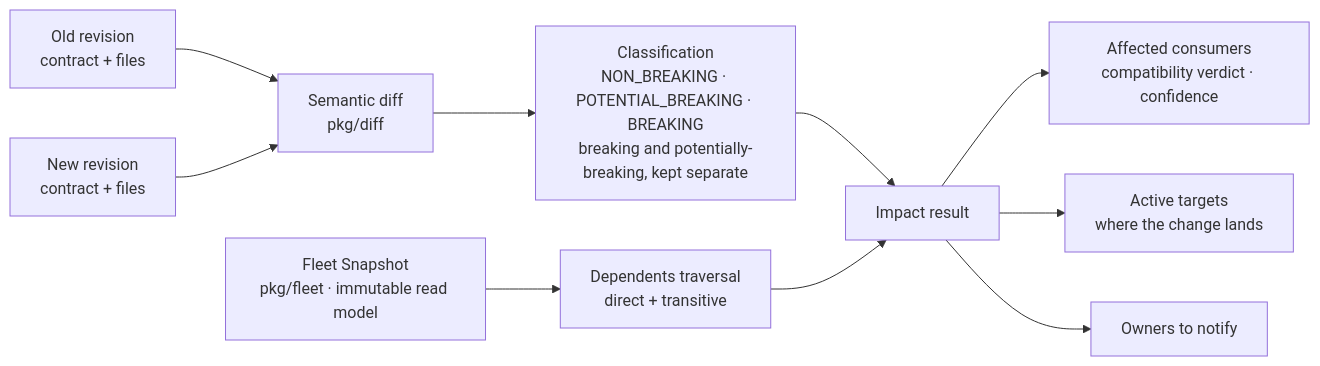
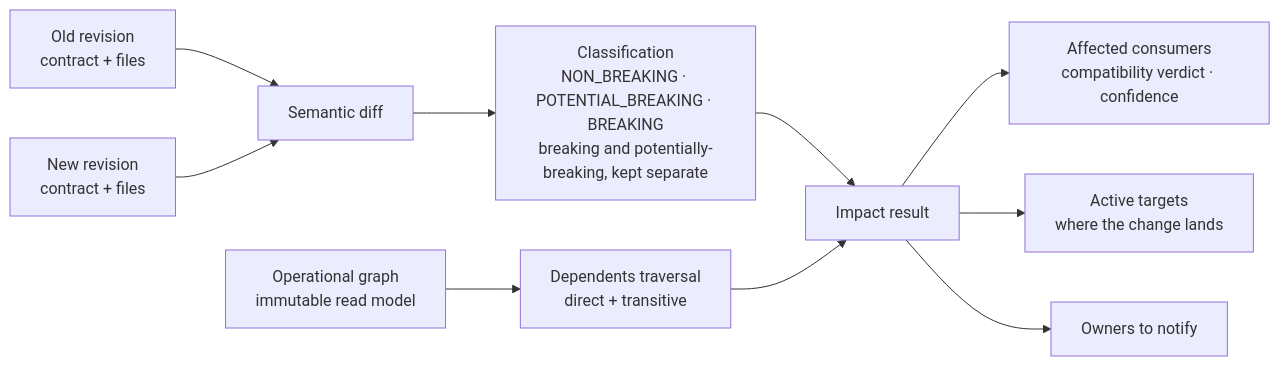
Before and after one commit to TrianaLab/pacto: the diagram in docs/impact.md, drawn with Mermaid. The commit also changed other lines of this file and 1300 other files, not shown here.

````diff
--- a/docs/impact.md
+++ b/docs/impact.md
@@ -22,14 +21,14 @@
 ```mermaid
 flowchart LR
-    OLD["Old revision<br/>contract + files"] --> DIFF["Semantic diff<br/>pkg/diff"]
+    OLD["Old revision<br/>contract + files"] --> DIFF["Semantic diff"]
     NEW["New revision<br/>contract + files"] --> DIFF
     DIFF --> CLASS["Classification<br/>NON_BREAKING · POTENTIAL_BREAKING · BREAKING<br/>breaking and potentially-breaking, kept separate"]
 
-    SNAP["Fleet Snapshot<br/>pkg/fleet · immutable read model"] --> GRAPH["Dependents traversal<br/>direct + transitive"]
+    SNAP["Operational graph<br/>immutable read model"] --> GRAPH["Dependents traversal<br/>direct + transitive"]
 
     CLASS --> IMPACT["Impact result"]
     GRAPH --> IMPACT
     IMPACT --> CONS["Affected consumers<br/>compatibility verdict · confidence"]
     IMPACT --> TARGETS["Active targets<br/>where the change lands"]
     IMPACT --> OWNERS["Owners to notify"]
 ```
````
